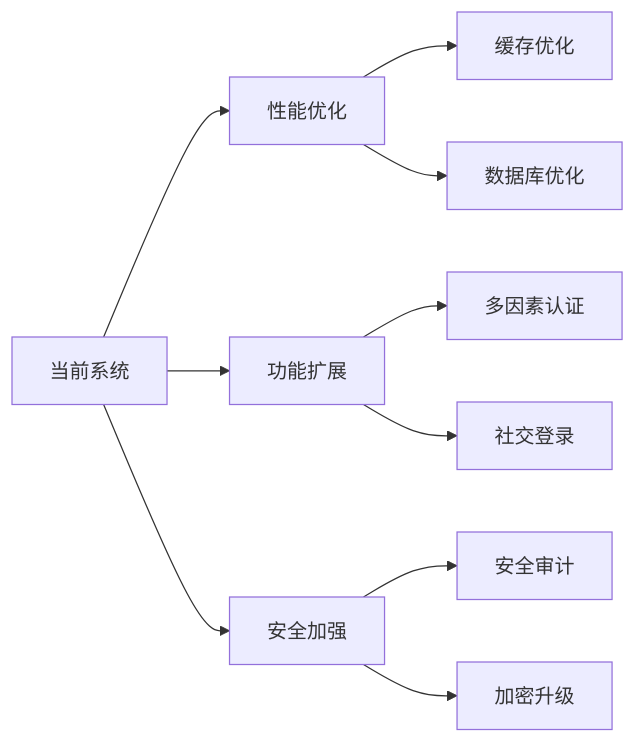
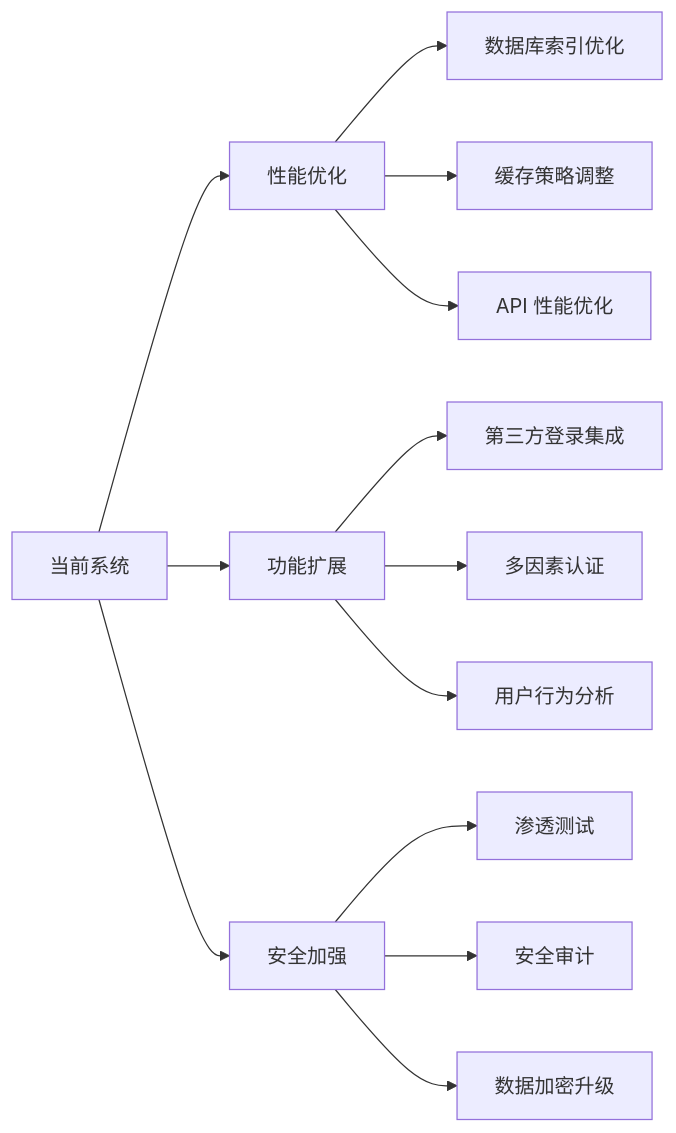
One commit to wutongci/cursor-courses changed the fifth of 5 diagrams in base/第八章-完整项目开发：用户管理系统.md. Above: the diagram before and after it, drawn with Mermaid. The commit also changed other lines of this file and 9 other files, not shown here.

````diff
--- a/base/第八章-完整项目开发：用户管理系统.md
+++ b/base/第八章-完整项目开发：用户管理系统.md
@@ -399,15 +568,18 @@
 ```mermaid
 graph LR
     A[当前系统] --> B[性能优化]
     A --> C[功能扩展]
     A --> D[安全加强]
     
-    B --> B1[缓存优化]
-    B --> B2[数据库优化]
+    B --> B1[数据库索引优化]
+    B --> B2[缓存策略调整]
+    B --> B3[API 性能优化]
     
-    C --> C1[多因素认证]
-    C --> C2[社交登录]
+    C --> C1[第三方登录集成]
+    C --> C2[多因素认证]
+    C --> C3[用户行为分析]
     
-    D --> D1[安全审计]
-    D --> D2[加密升级]
+    D --> D1[渗透测试]
+    D --> D2[安全审计]
+    D --> D3[数据加密升级]
 ```
````
